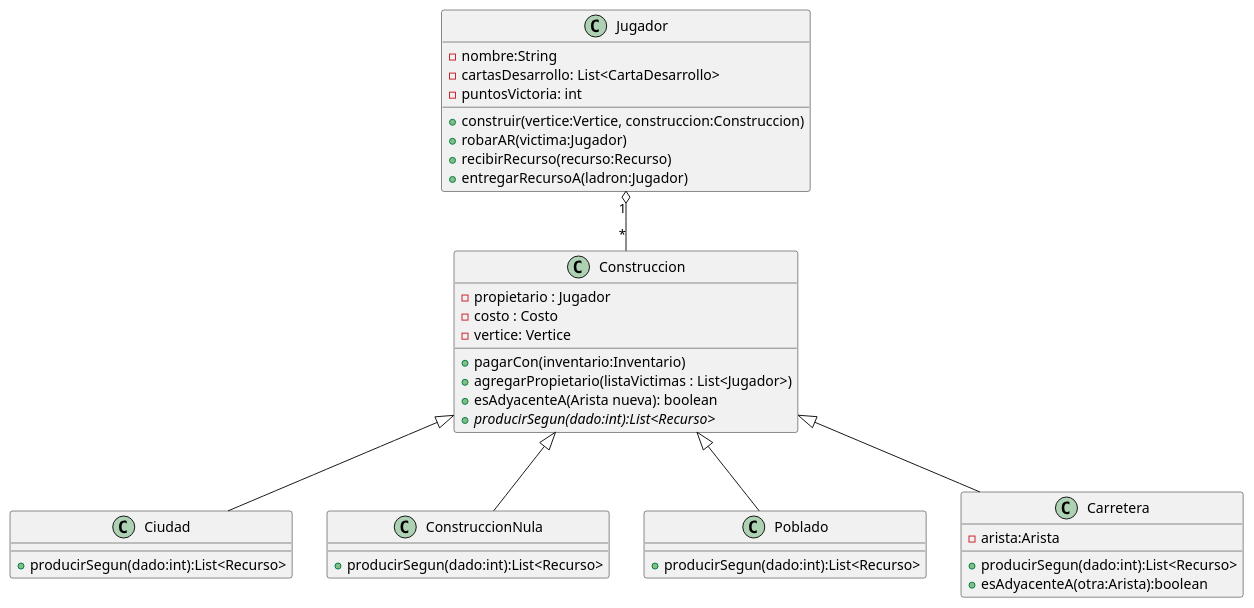
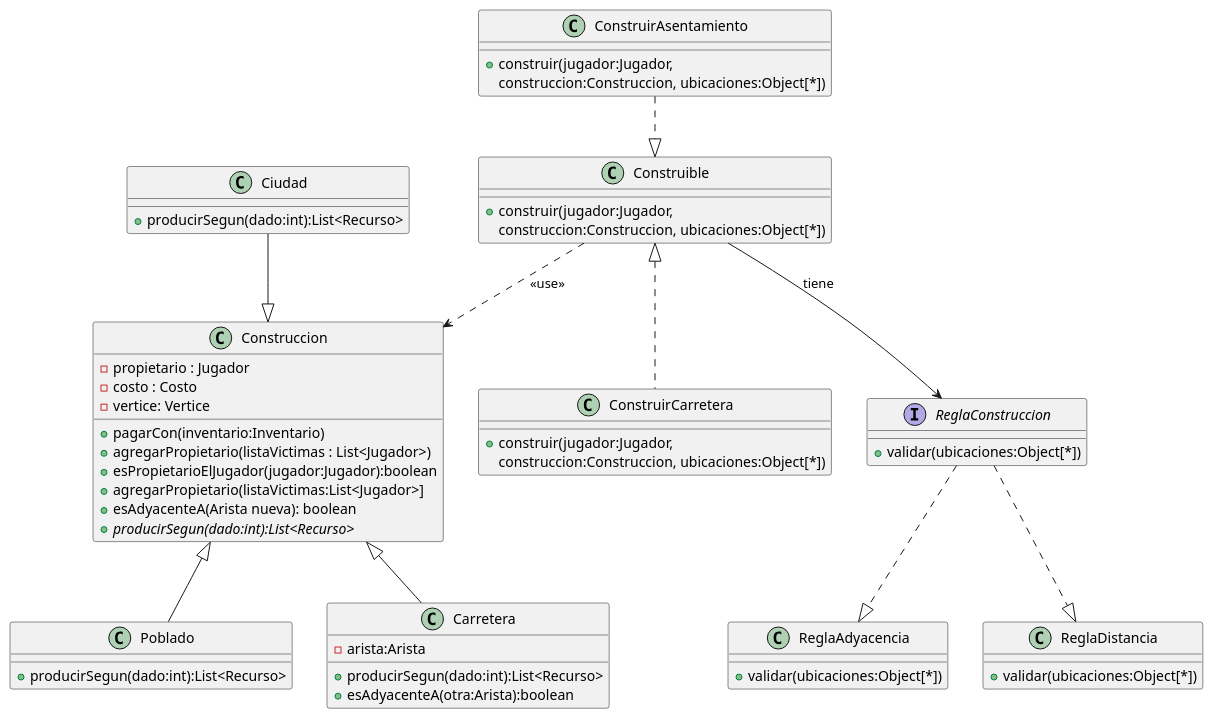
One commit to alejandrodelcs/tp2-algo3 changed the diagram in diagrams/classes/dc-jugador-construcciones.plantuml. Above: the diagram before and after it, drawn with PlantUML. The commit also changed 16 other files, not shown here.

Commit message:
se sube y mejora diagramas de clases del modelo

```diff
--- a/diagrams/classes/dc-jugador-construcciones.plantuml
+++ b/diagrams/classes/dc-jugador-construcciones.plantuml
@@ -1,51 +1,88 @@
 @startuml
-
 
 class Construccion{
     - propietario : Jugador
     - costo : Costo
     - vertice: Vertice
     + pagarCon(inventario:Inventario)
     + agregarPropietario(listaVictimas : List<Jugador>)
+    + esPropietarioElJugador(jugador:Jugador):boolean
+    + agregarPropietario(listaVictimas:List<Jugador>]
     + esAdyacenteA(Arista nueva): boolean
     + {abstract} producirSegun(dado:int):List<Recurso>
 
 }
 
 
-class Ciudad extends Construccion {
+class Ciudad  {
     +producirSegun(dado:int):List<Recurso>
 }
 
 
-class ConstruccionNula extends Construccion{
-    +producirSegun(dado:int):List<Recurso>
-}
-
-class Poblado extends Construccion{
+class Poblado{
       +producirSegun(dado:int):List<Recurso>
 }
 
 
-class Carretera extends Construccion{
+class Carretera {
     -arista:Arista
     +producirSegun(dado:int):List<Recurso>
     +esAdyacenteA(otra:Arista):boolean
 
 }
 
+class ConstruirAsentamiento{
+     +construir(jugador:Jugador,
+     construccion:Construccion, ubicaciones:Object[*])
 
-class Jugador{
- -nombre:String
- -cartasDesarrollo: List<CartaDesarrollo>
- -puntosVictoria: int
- +construir(vertice:Vertice, construccion:Construccion)
- +robarAR(victima:Jugador)
- +recibirRecurso(recurso:Recurso)
- +entregarRecursoA(ladron:Jugador)
 }
 
 
-Jugador "1" o-- "*" Construccion
+class ConstruirCarretera{
+    +construir(jugador:Jugador,
+    construccion:Construccion, ubicaciones:Object[*])
+}
+
+
+class Construible{
+  +construir(jugador:Jugador,
+  construccion:Construccion, ubicaciones:Object[*])
+}
+
+
+interface ReglaConstruccion{
+   +validar(ubicaciones:Object[*])
+}
+
+class ReglaAdyacencia{
+   +validar(ubicaciones:Object[*])
+}
+
+
+class ReglaDistancia{
+    +validar(ubicaciones:Object[*])
+}
+
+
+
+
+Ciudad --|> Construccion
+Construccion <|-- Poblado
+Construccion <|-- Carretera
+
+ConstruirAsentamiento ..|> Construible
+Construible <|.. ConstruirCarretera
+
+
+
+Construible ..> Construccion : <<use>>
+
+
+ReglaConstruccion ..|> ReglaAdyacencia
+ReglaConstruccion ..|> ReglaDistancia
+
+Construible --> ReglaConstruccion : tiene
+
+
 
 @enduml
```
